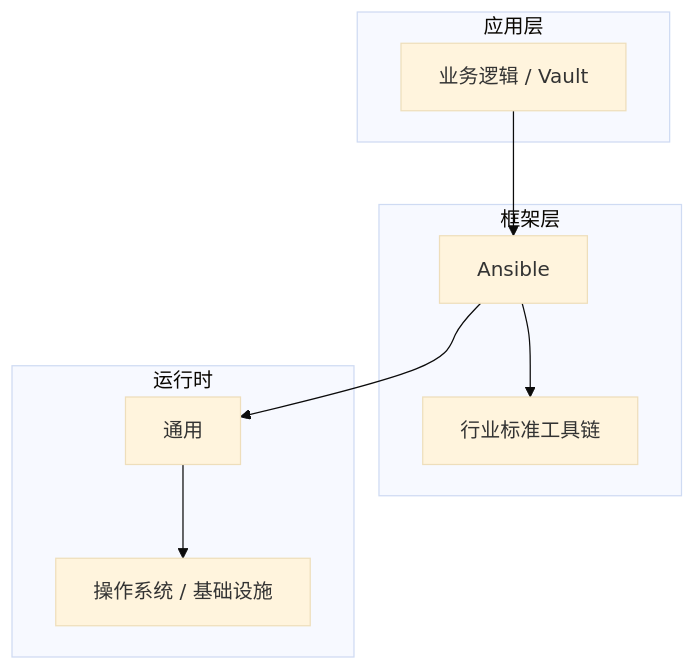
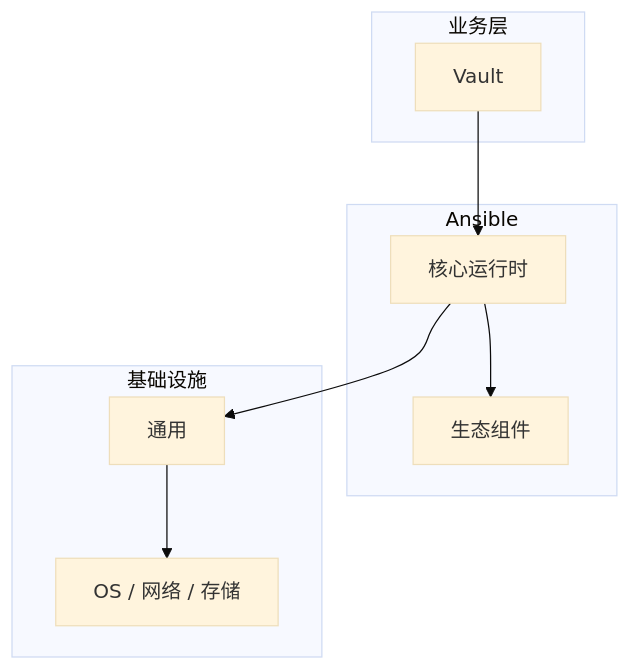
The diagram in articles/Ansible/chapters/051-Vault核心概念与原理.md (yanggan2015/knowledge-json-v2), drawn with Mermaid (base theme) before and after one commit. The commit also changed other lines of this file and 10127 other files, not shown here.

````diff
--- a/articles/Ansible/chapters/051-Vault核心概念与原理.md
+++ b/articles/Ansible/chapters/051-Vault核心概念与原理.md
@@ -45,18 +34,18 @@
 ```mermaid
 graph TB
-    subgraph 应用层
-        A[业务逻辑 / Vault]
+    subgraph 业务层
+        A[Vault]
     end
-    subgraph 框架层
-        B[Ansible]
-        C[行业标准工具链]
+    subgraph Ansible
+        B[核心运行时]
+        C[生态组件]
     end
-    subgraph 运行时
+    subgraph 基础设施
         D[通用]
-        E[操作系统 / 基础设施]
+        E[OS / 网络 / 存储]
     end
     A --> B
     B --> C
     B --> D
     D --> E
 ```
````
